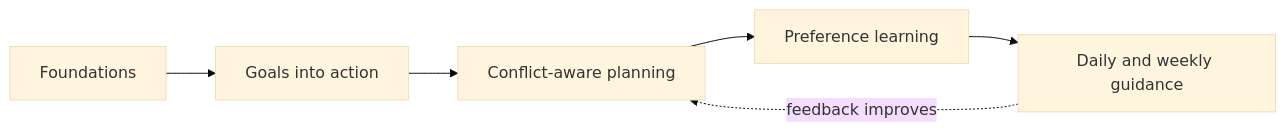
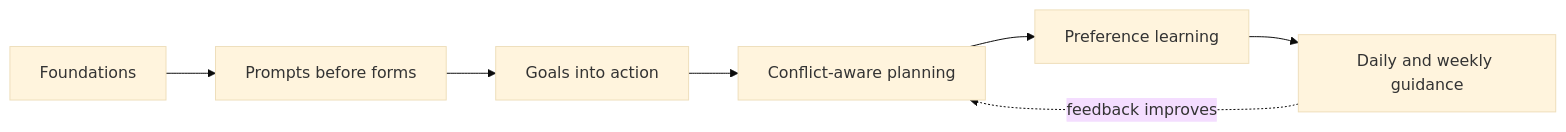
One commit to stryker236/task-app-overview changed the diagram in ROADMAP.md. Above: the diagram before and after it, drawn with Mermaid (base theme). The commit also changed other lines of this file and 2 other files, not shown here.

````diff
--- a/ROADMAP.md
+++ b/ROADMAP.md
@@ -51,8 +64,9 @@
 ```mermaid
 flowchart LR
-    F[Foundations] --> G[Goals into action]
+    F[Foundations] --> Q[Prompts before forms]
+    Q --> G[Goals into action]
     G --> C[Conflict-aware planning]
     C --> L[Preference learning]
     L --> D[Daily and weekly guidance]
     D -. feedback improves .-> C
 ```
````
